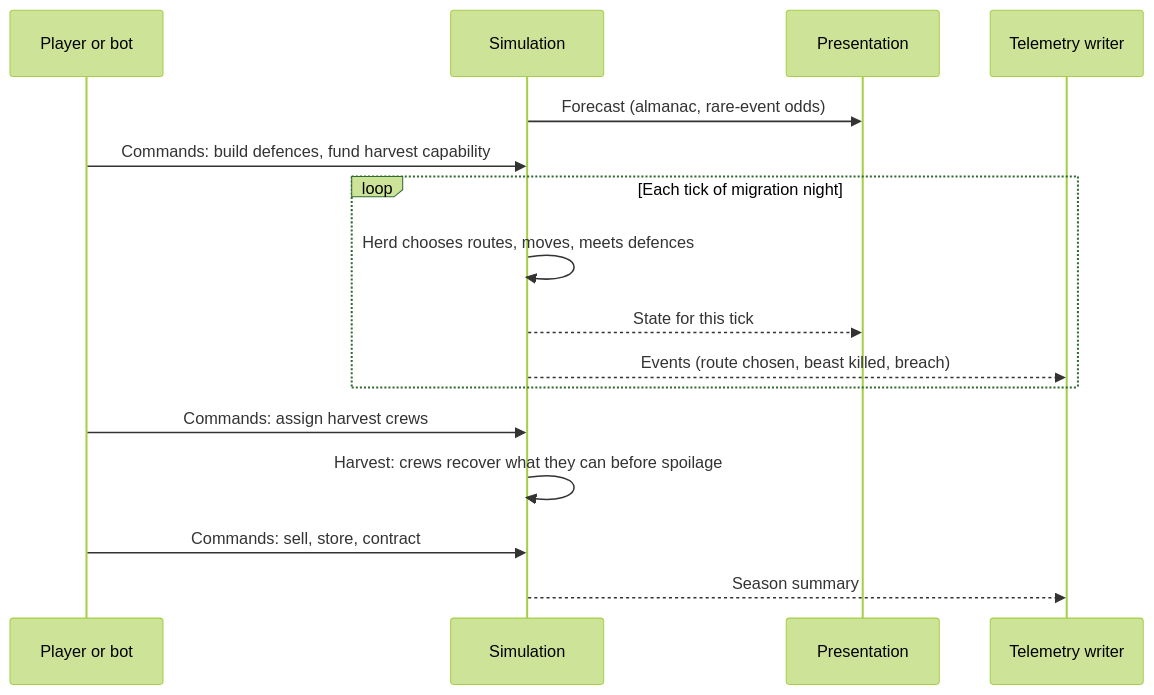
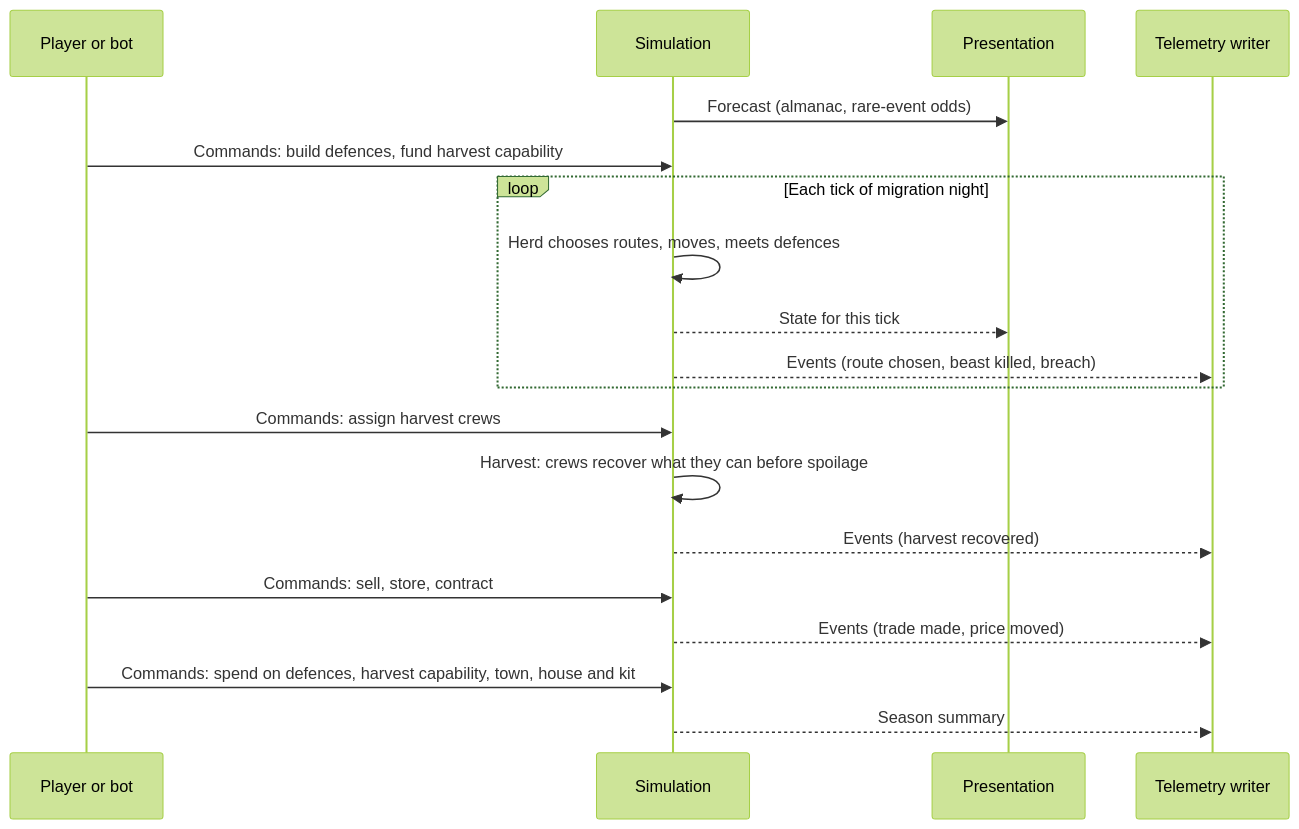
One commit to Huntling94/tallow changed the fourth of 7 diagrams in docs/architecture/overview.md. Above: the diagram before and after it, drawn with Mermaid (forest theme). The commit also changed other lines of this file and 12 other files, not shown here.

````diff
--- a/docs/architecture/overview.md
+++ b/docs/architecture/overview.md
@@ -137,19 +145,22 @@
 ```mermaid
 sequenceDiagram
     participant P as Player or bot
     participant S as Simulation
     participant V as Presentation
     participant T as Telemetry writer
 
     S->>V: Forecast (almanac, rare-event odds)
     P->>S: Commands: build defences, fund harvest capability
     loop Each tick of migration night
         S->>S: Herd chooses routes, moves, meets defences
         S-->>V: State for this tick
         S-->>T: Events (route chosen, beast killed, breach)
     end
     P->>S: Commands: assign harvest crews
     S->>S: Harvest: crews recover what they can before spoilage
+    S-->>T: Events (harvest recovered)
     P->>S: Commands: sell, store, contract
+    S-->>T: Events (trade made, price moved)
+    P->>S: Commands: spend on defences, harvest capability, town, house and kit
     S-->>T: Season summary
 ```
````
